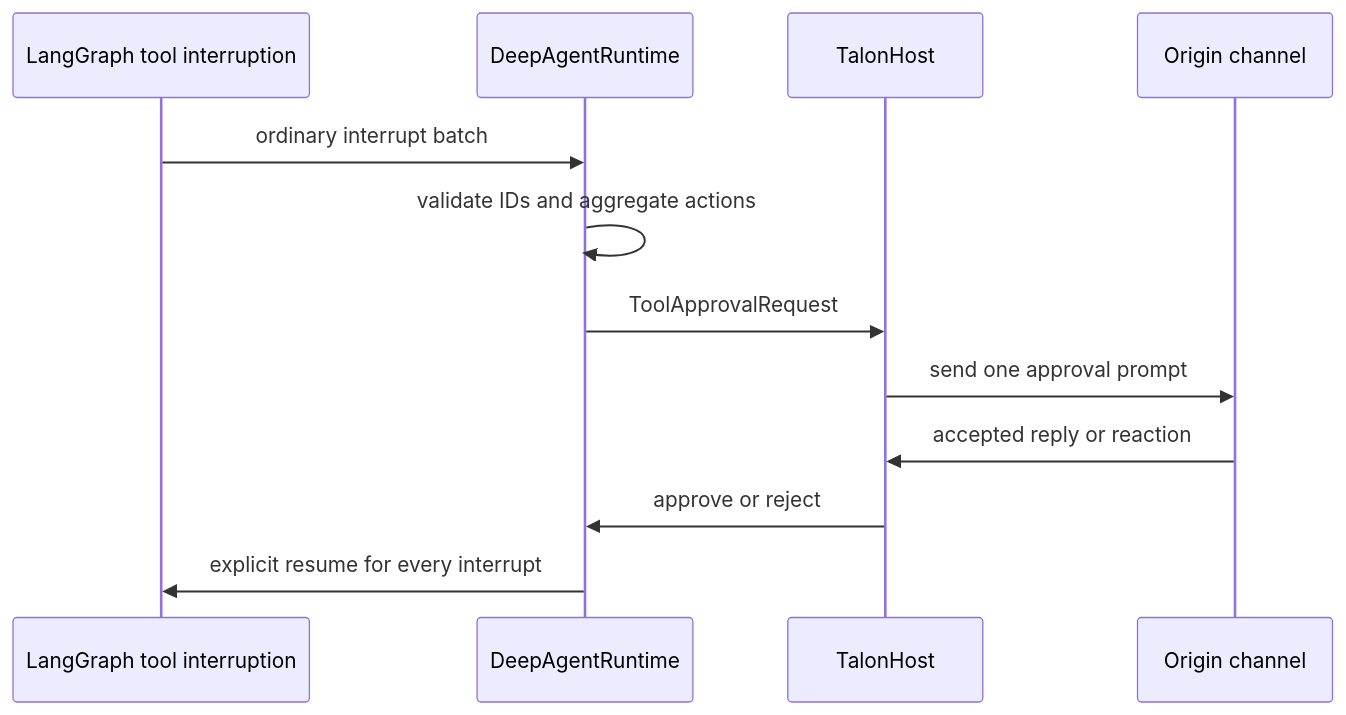
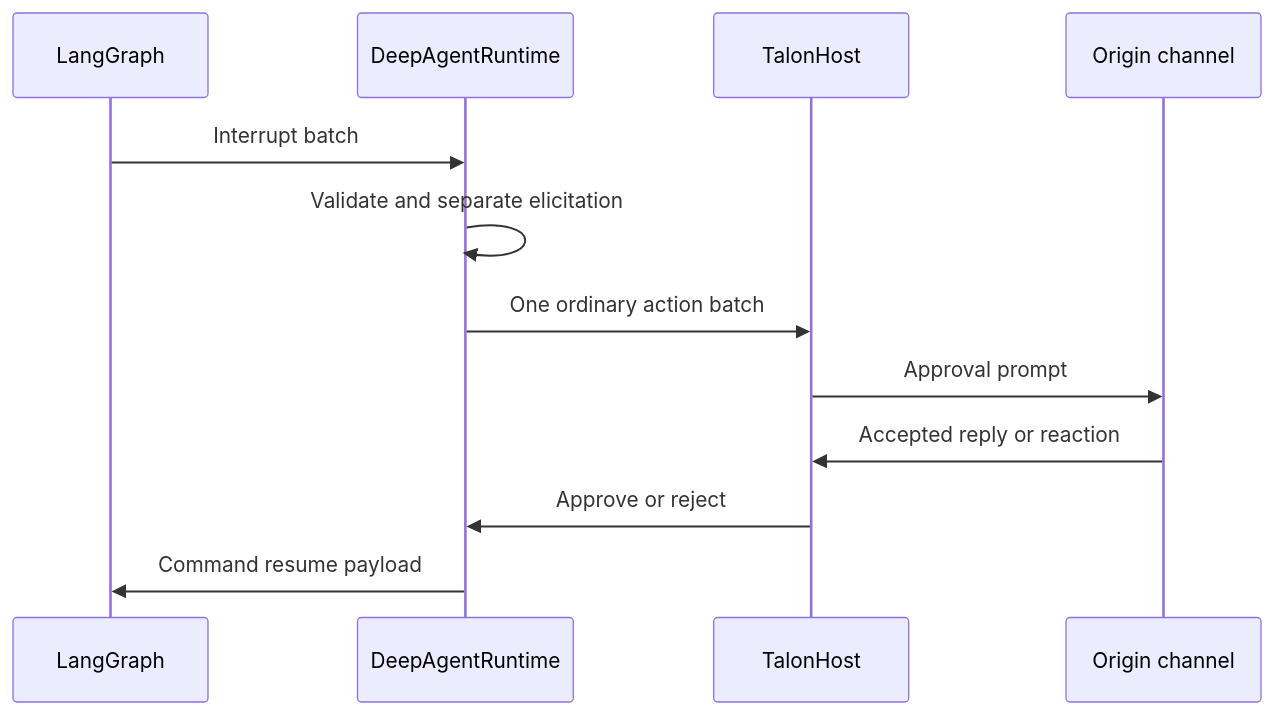
The second of 2 diagrams in openwiki/concepts/permissions-hitl.md (langchain-ai/deepagents), drawn with Mermaid before and after one commit. The commit also changed other lines of this file and 41 other files, not shown here.

````diff
--- a/openwiki/concepts/permissions-hitl.md
+++ b/openwiki/concepts/permissions-hitl.md
@@ -124,14 +123,14 @@
 ```mermaid
 sequenceDiagram
-    participant Graph as LangGraph tool interruption
+    participant Graph as LangGraph
     participant Runtime as DeepAgentRuntime
     participant Host as TalonHost
     participant Channel as Origin channel
-    Graph->>Runtime: ordinary interrupt batch
-    Runtime->>Runtime: validate IDs and aggregate actions
-    Runtime->>Host: ToolApprovalRequest
-    Host->>Channel: send one approval prompt
-    Channel->>Host: accepted reply or reaction
-    Host->>Runtime: approve or reject
-    Runtime->>Graph: explicit resume for every interrupt
+    Graph->>Runtime: Interrupt batch
+    Runtime->>Runtime: Validate and separate elicitation
+    Runtime->>Host: One ordinary action batch
+    Host->>Channel: Approval prompt
+    Channel->>Host: Accepted reply or reaction
+    Host->>Runtime: Approve or reject
+    Runtime->>Graph: Command resume payload
 ```
````
